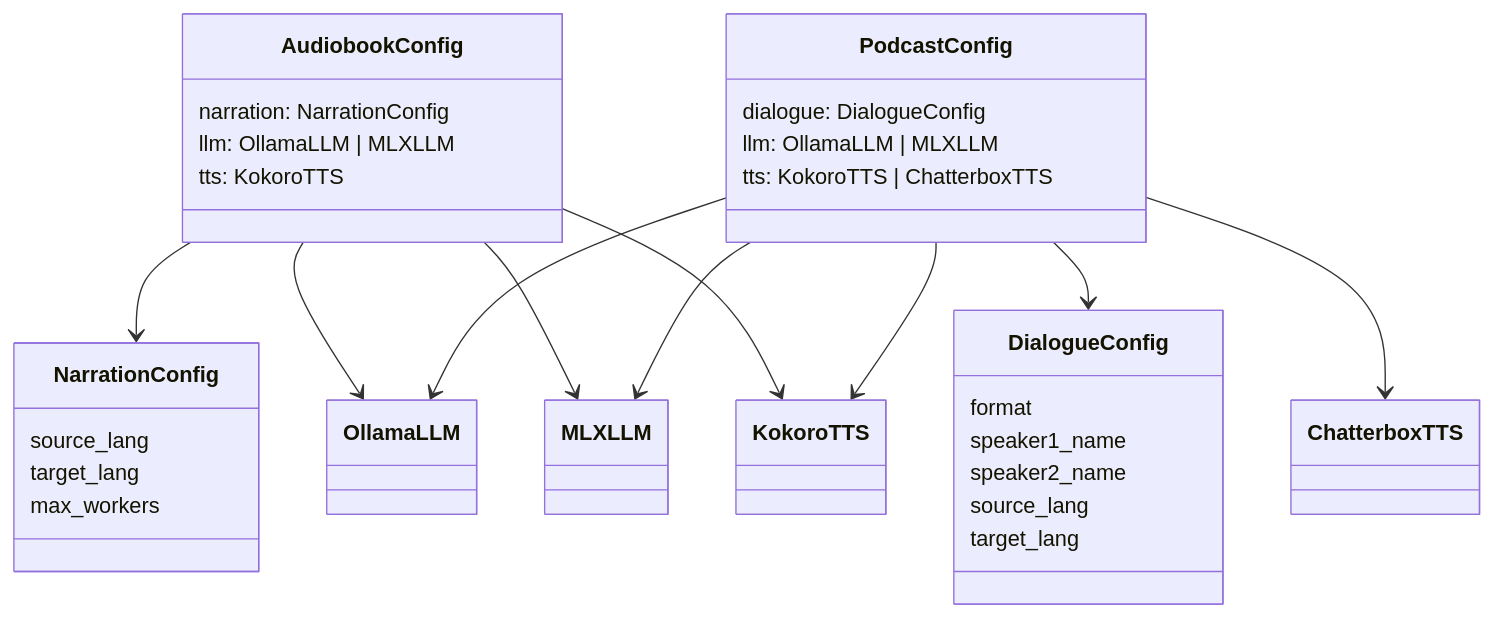
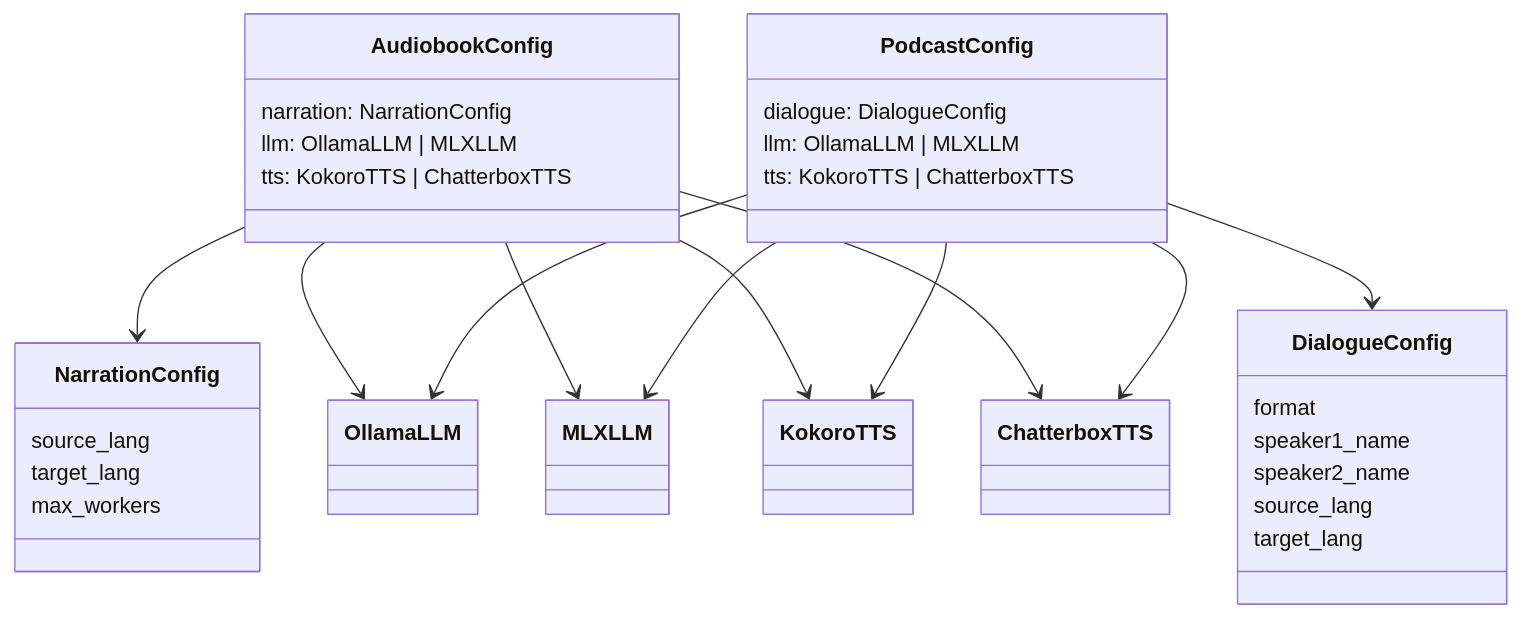
One commit to ravidhu/long_form_tts changed the third of 4 diagrams in docs/architecture/architecture.md. Above: the diagram before and after it, drawn with Mermaid. The commit also changed other lines of this file and 9 other files, not shown here.

````diff
--- a/docs/architecture/architecture.md
+++ b/docs/architecture/architecture.md
@@ -108,34 +111,35 @@
 ```mermaid
 classDiagram
     class AudiobookConfig {
         narration: NarrationConfig
         llm: OllamaLLM | MLXLLM
-        tts: KokoroTTS
+        tts: KokoroTTS | ChatterboxTTS
     }
     class PodcastConfig {
         dialogue: DialogueConfig
         llm: OllamaLLM | MLXLLM
         tts: KokoroTTS | ChatterboxTTS
     }
     class NarrationConfig {
         source_lang
         target_lang
         max_workers
     }
     class DialogueConfig {
         format
         speaker1_name
         speaker2_name
         source_lang
         target_lang
     }
     AudiobookConfig --> NarrationConfig
     AudiobookConfig --> OllamaLLM
     AudiobookConfig --> MLXLLM
     AudiobookConfig --> KokoroTTS
+    AudiobookConfig --> ChatterboxTTS
     PodcastConfig --> DialogueConfig
     PodcastConfig --> OllamaLLM
     PodcastConfig --> MLXLLM
     PodcastConfig --> KokoroTTS
     PodcastConfig --> ChatterboxTTS
 ```
````
